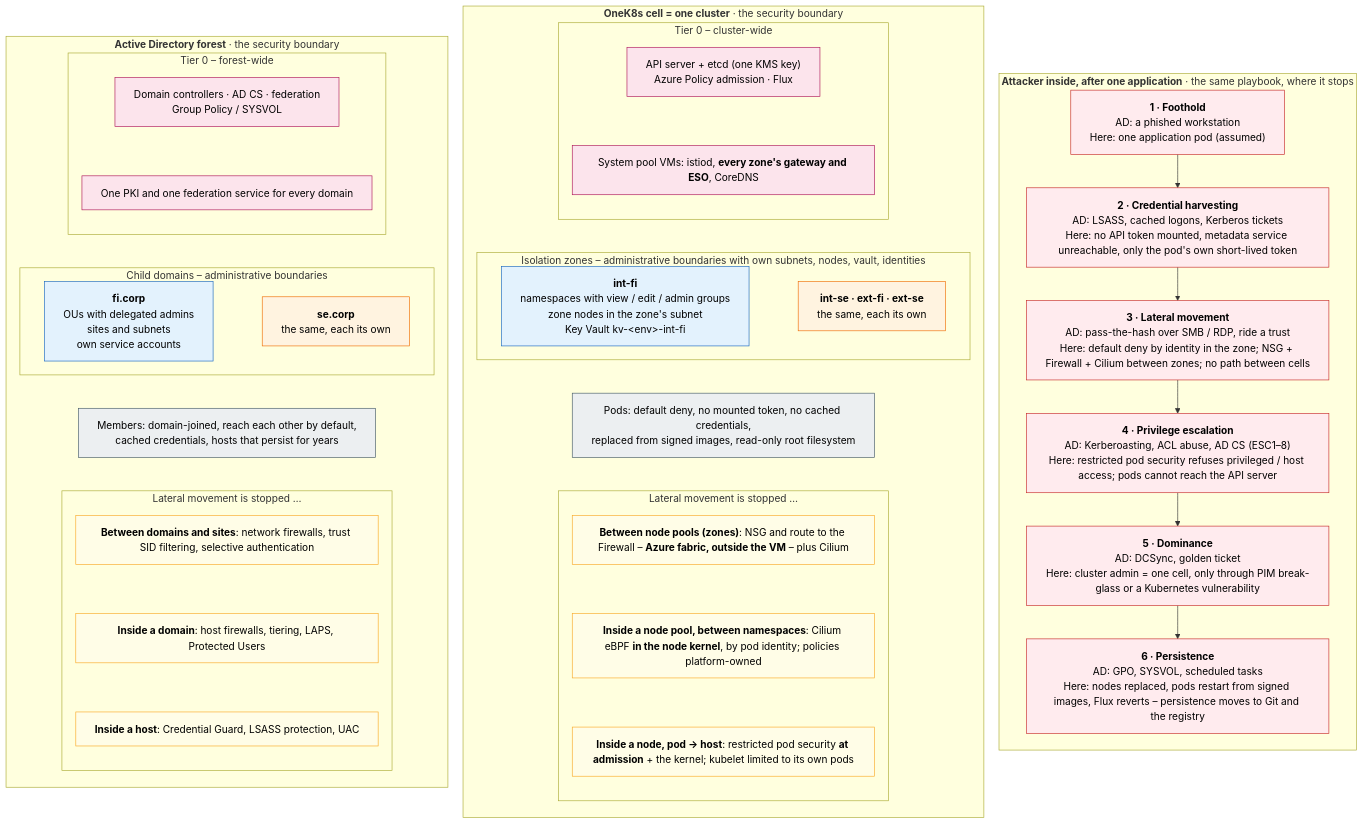
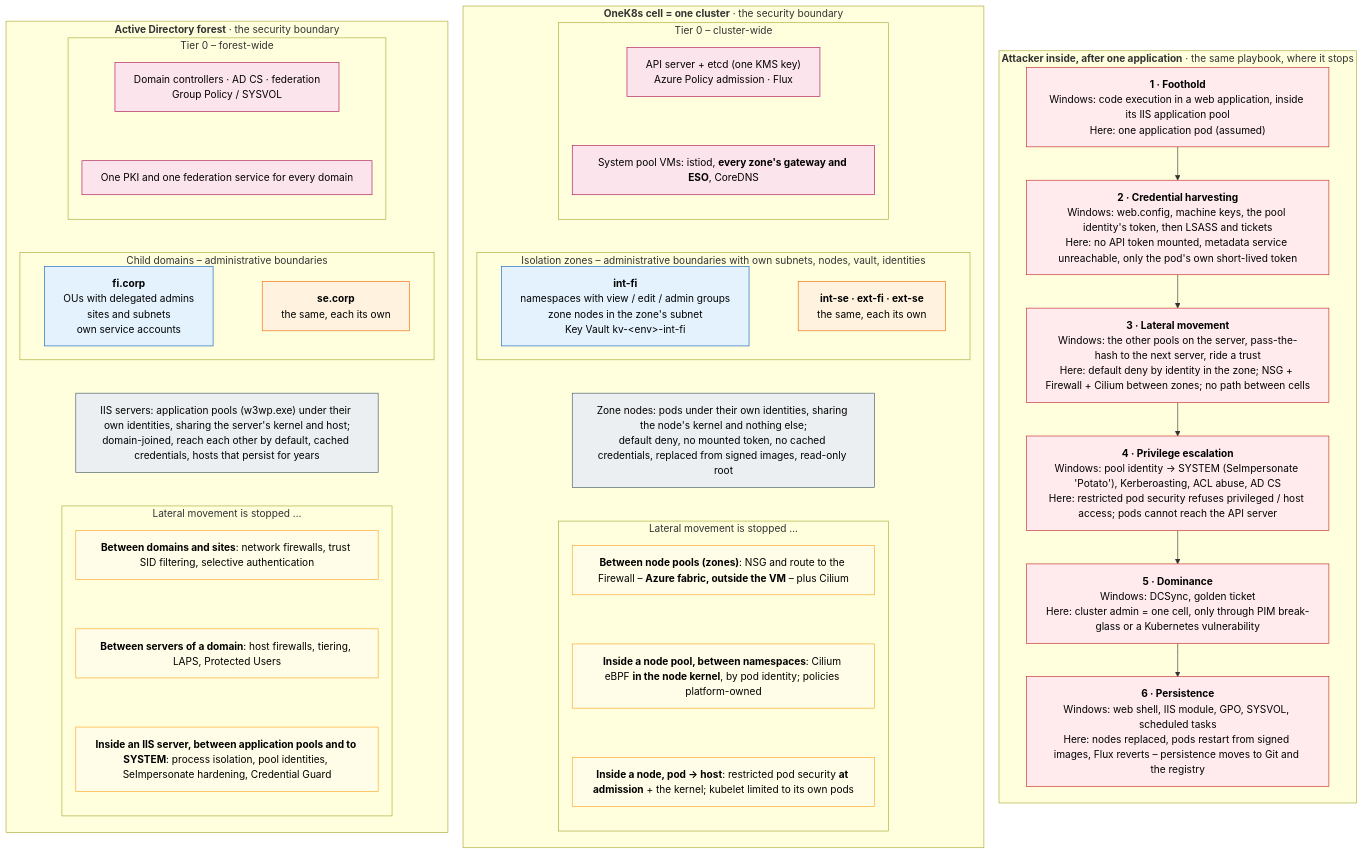
The diagram in diagrams/23-ad-analogy.mmd (onek8s/onek8s.github.io), drawn with Mermaid before and after one commit. The commit also changed 4 other files, not shown here.

First line of the commit message:
Active Directory analogy: a pod is an IIS application pool, not a workstation

```diff
--- a/diagrams/23-ad-analogy.mmd
+++ b/diagrams/23-ad-analogy.mmd
@@ -1,74 +1,74 @@
 %% The platform's isolation explained with Active Directory concepts (an analogy, not a specification):
 %% the cluster is the forest (security boundary), the zones are child domains (administrative boundaries),
 %% Tier 0 is the control plane and the system pool. The right column is the attacker's playbook after
 %% compromising one application, and where each step is stopped. Lateral movement rows on both sides are
 %% aligned: between domains / zones, inside a domain / node pool, inside a host / node.
 %%{init: {"flowchart": {"wrappingWidth": 420, "rankSpacing": 28, "nodeSpacing": 24}}}%%
 flowchart TB
     subgraph KC["<b>Attacker inside, after one application</b> · the same playbook, where it stops"]
         direction TB
-        kc1["<b>1 · Foothold</b><br/>AD: a phished workstation<br/>Here: one application pod (assumed)"]:::kc
-        kc2["<b>2 · Credential harvesting</b><br/>AD: LSASS, cached logons, Kerberos tickets<br/>Here: no API token mounted, metadata service unreachable, only the pod's own short-lived token"]:::kc
-        kc3["<b>3 · Lateral movement</b><br/>AD: pass-the-hash over SMB / RDP, ride a trust<br/>Here: default deny by identity in the zone; NSG + Firewall + Cilium between zones; no path between cells"]:::kc
-        kc4["<b>4 · Privilege escalation</b><br/>AD: Kerberoasting, ACL abuse, AD CS (ESC1–8)<br/>Here: restricted pod security refuses privileged / host access; pods cannot reach the API server"]:::kc
-        kc5["<b>5 · Dominance</b><br/>AD: DCSync, golden ticket<br/>Here: cluster admin = one cell, only through PIM break-glass or a Kubernetes vulnerability"]:::kc
-        kc6["<b>6 · Persistence</b><br/>AD: GPO, SYSVOL, scheduled tasks<br/>Here: nodes replaced, pods restart from signed images, Flux reverts – persistence moves to Git and the registry"]:::kc
+        kc1["<b>1 · Foothold</b><br/>Windows: code execution in a web application, inside its IIS application pool<br/>Here: one application pod (assumed)"]:::kc
+        kc2["<b>2 · Credential harvesting</b><br/>Windows: web.config, machine keys, the pool identity's token, then LSASS and tickets<br/>Here: no API token mounted, metadata service unreachable, only the pod's own short-lived token"]:::kc
+        kc3["<b>3 · Lateral movement</b><br/>Windows: the other pools on the server, pass-the-hash to the next server, ride a trust<br/>Here: default deny by identity in the zone; NSG + Firewall + Cilium between zones; no path between cells"]:::kc
+        kc4["<b>4 · Privilege escalation</b><br/>Windows: pool identity → SYSTEM (SeImpersonate 'Potato'), Kerberoasting, ACL abuse, AD CS<br/>Here: restricted pod security refuses privileged / host access; pods cannot reach the API server"]:::kc
+        kc5["<b>5 · Dominance</b><br/>Windows: DCSync, golden ticket<br/>Here: cluster admin = one cell, only through PIM break-glass or a Kubernetes vulnerability"]:::kc
+        kc6["<b>6 · Persistence</b><br/>Windows: web shell, IIS module, GPO, SYSVOL, scheduled tasks<br/>Here: nodes replaced, pods restart from signed images, Flux reverts – persistence moves to Git and the registry"]:::kc
         kc1 --> kc2 --> kc3 --> kc4 --> kc5 --> kc6
     end
 
     subgraph K8S["<b>OneK8s cell = one cluster</b> · the security boundary"]
         direction TB
         subgraph K0["Tier 0 – cluster-wide"]
             direction TB
             k_cp["API server + etcd (one KMS key)<br/>Azure Policy admission · Flux"]:::t0
             k_sys["System pool VMs: istiod, <b>every zone's gateway and ESO</b>, CoreDNS"]:::t0
             k_cp ~~~ k_sys
         end
         subgraph KZ["Isolation zones – administrative boundaries with own subnets, nodes, vault, identities"]
             direction LR
             k_fi["<b>int-fi</b><br/>namespaces with view / edit / admin groups<br/>zone nodes in the zone's subnet<br/>Key Vault kv-&lt;env&gt;-int-fi"]:::int
             k_se["<b>int-se · ext-fi · ext-se</b><br/>the same, each its own"]:::ext
             k_fi ~~~ k_se
         end
-        k_mem["Pods: default deny, no mounted token, no cached credentials,<br/>replaced from signed images, read-only root filesystem"]:::mem
+        k_mem["Zone nodes: pods under their own identities, sharing the node's kernel and nothing else;<br/>default deny, no mounted token, no cached credentials, replaced from signed images, read-only root"]:::mem
         subgraph KL["Lateral movement is stopped …"]
             direction TB
             kl1["<b>Between node pools (zones)</b>: NSG and route to the Firewall – <b>Azure fabric, outside the VM</b> – plus Cilium"]:::ctl
             kl2["<b>Inside a node pool, between namespaces</b>: Cilium eBPF <b>in the node kernel</b>, by pod identity; policies platform-owned"]:::ctl
             kl3["<b>Inside a node, pod → host</b>: restricted pod security <b>at admission</b> + the kernel; kubelet limited to its own pods"]:::ctl
             kl1 ~~~ kl2 ~~~ kl3
         end
         K0 ~~~ KZ ~~~ k_mem ~~~ KL
     end
 
     subgraph AD["<b>Active Directory forest</b> · the security boundary"]
         direction TB
         subgraph AD0["Tier 0 – forest-wide"]
             direction TB
             ad_dc["Domain controllers · AD CS · federation<br/>Group Policy / SYSVOL"]:::t0
             ad_pki["One PKI and one federation service for every domain"]:::t0
             ad_dc ~~~ ad_pki
         end
         subgraph ADD["Child domains – administrative boundaries"]
             direction LR
             ad_fi["<b>fi.corp</b><br/>OUs with delegated admins<br/>sites and subnets<br/>own service accounts"]:::int
             ad_se["<b>se.corp</b><br/>the same, each its own"]:::ext
             ad_fi ~~~ ad_se
         end
-        ad_mem["Members: domain-joined, reach each other by default,<br/>cached credentials, hosts that persist for years"]:::mem
+        ad_mem["IIS servers: application pools (w3wp.exe) under their own identities, sharing the server's kernel and host;<br/>domain-joined, reach each other by default, cached credentials, hosts that persist for years"]:::mem
         subgraph ADL["Lateral movement is stopped …"]
             direction TB
             al1["<b>Between domains and sites</b>: network firewalls, trust SID filtering, selective authentication"]:::ctl
-            al2["<b>Inside a domain</b>: host firewalls, tiering, LAPS, Protected Users"]:::ctl
-            al3["<b>Inside a host</b>: Credential Guard, LSASS protection, UAC"]:::ctl
+            al2["<b>Between servers of a domain</b>: host firewalls, tiering, LAPS, Protected Users"]:::ctl
+            al3["<b>Inside an IIS server, between application pools and to SYSTEM</b>: process isolation, pool identities, SeImpersonate hardening, Credential Guard"]:::ctl
             al1 ~~~ al2 ~~~ al3
         end
         AD0 ~~~ ADD ~~~ ad_mem ~~~ ADL
     end
 
     classDef t0 fill:#fce4ec,stroke:#ad1457,color:#000
     classDef int fill:#e3f2fd,stroke:#1565c0,color:#000
     classDef ext fill:#fff3e0,stroke:#ef6c00,color:#000
     classDef mem fill:#eceff1,stroke:#455a64,color:#000
     classDef ctl fill:#fffde7,stroke:#f9a825,color:#000
     classDef kc fill:#ffebee,stroke:#c62828,color:#000
```
